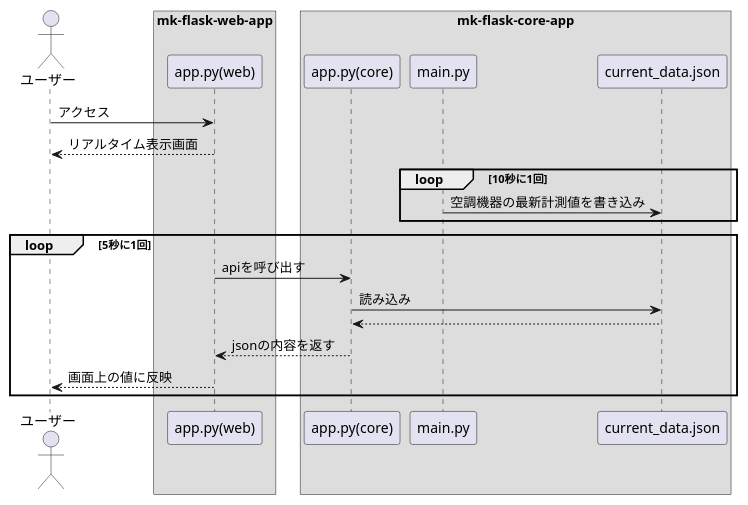
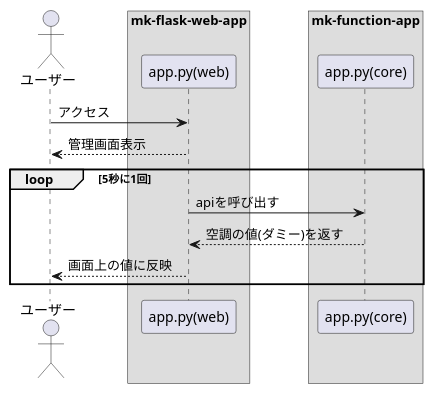
One commit to matsuda705/AzureAppPractice changed the diagram in docs/plantuml/app_sequence.pu. Above: the diagram before and after it, drawn with PlantUML.

Commit message:
シーケンス図更新

```diff
--- a/docs/plantuml/app_sequence.pu
+++ b/docs/plantuml/app_sequence.pu
@@ -1,29 +1,21 @@
 @startuml リアルタイム表示画面の動作
 
 actor "ユーザー"
 box "mk-flask-web-app"
     participant "app.py(web)"
 end box
 
-box "mk-flask-core-app"
+box "mk-function-app"
     participant "app.py(core)"
-    participant "main.py"
-    participant "current_data.json"
 end box
 
 "ユーザー" -> "app.py(web)" : アクセス
-return リアルタイム表示画面
-
-loop 10秒に1回
-    "main.py" -> "current_data.json": 空調機器の最新計測値を書き込み
-end
+return 管理画面表示
 
 loop 5秒に1回
     "app.py(web)" -> "app.py(core)" : apiを呼び出す
-        "app.py(core)" -> "current_data.json" : 読み込み
-        return
-    "app.py(core)" --> "app.py(web)": jsonの内容を返す
+    "app.py(core)" --> "app.py(web)": 空調の値(ダミー)を返す
     "app.py(web)" --> "ユーザー": 画面上の値に反映
 end
 
 @enduml
```
